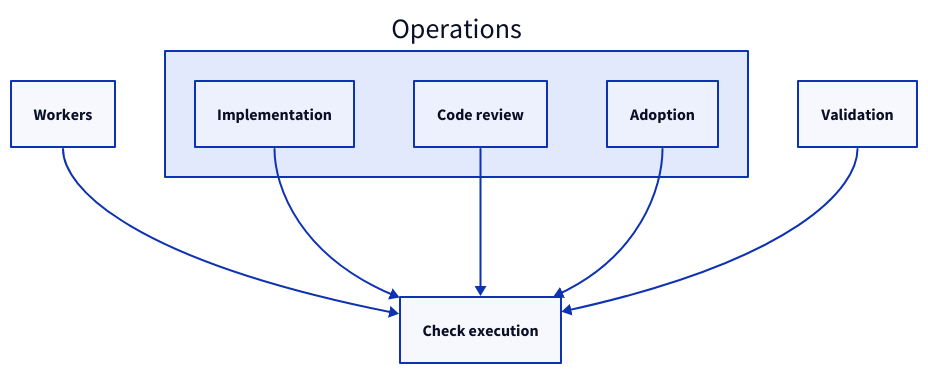
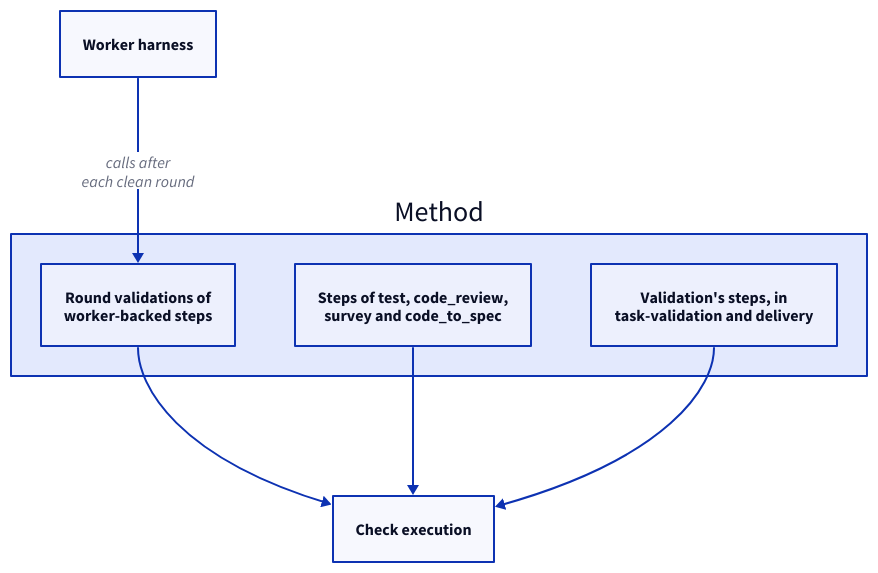
The first of 3 diagrams in specs/concorde/execution/checks/module.md (FTOD/concorde), drawn with D2 before and after one commit. The commit also changed other lines of this file and 109 other files, not shown here.

````diff
--- a/specs/concorde/execution/checks/module.md
+++ b/specs/concorde/execution/checks/module.md
@@ -89,15 +93,13 @@
-```d2
-workers: Workers
-operations: Operations {
-  implementation: Implementation
-  codereview: Code review
-  adoption: Adoption
+```d2 illustrative
+method: Method {
+  validation: "Round validations of\nworker-backed steps"
+  ops: "Steps of test, code_review,\nsurvey and code_to_spec"
+  readiness: "Validation's steps, in\ntask-validation and delivery"
 }
-validation: Validation
+harness: Worker harness
 checks: Check execution
-workers -> checks
-operations.implementation -> checks
-operations.codereview -> checks
-operations.adoption -> checks
-validation -> checks
+harness -> method.validation: "calls after\neach clean round"
+method.validation -> checks
+method.ops -> checks
+method.readiness -> checks
 ```
````
